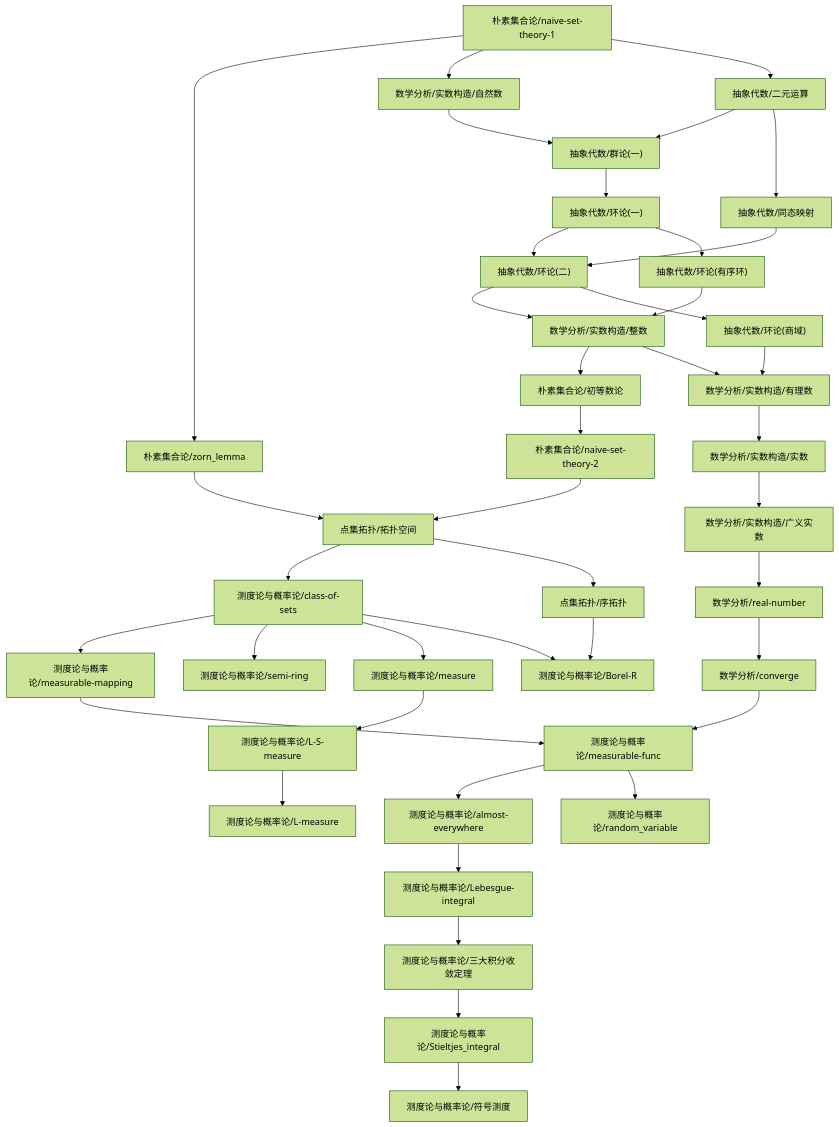
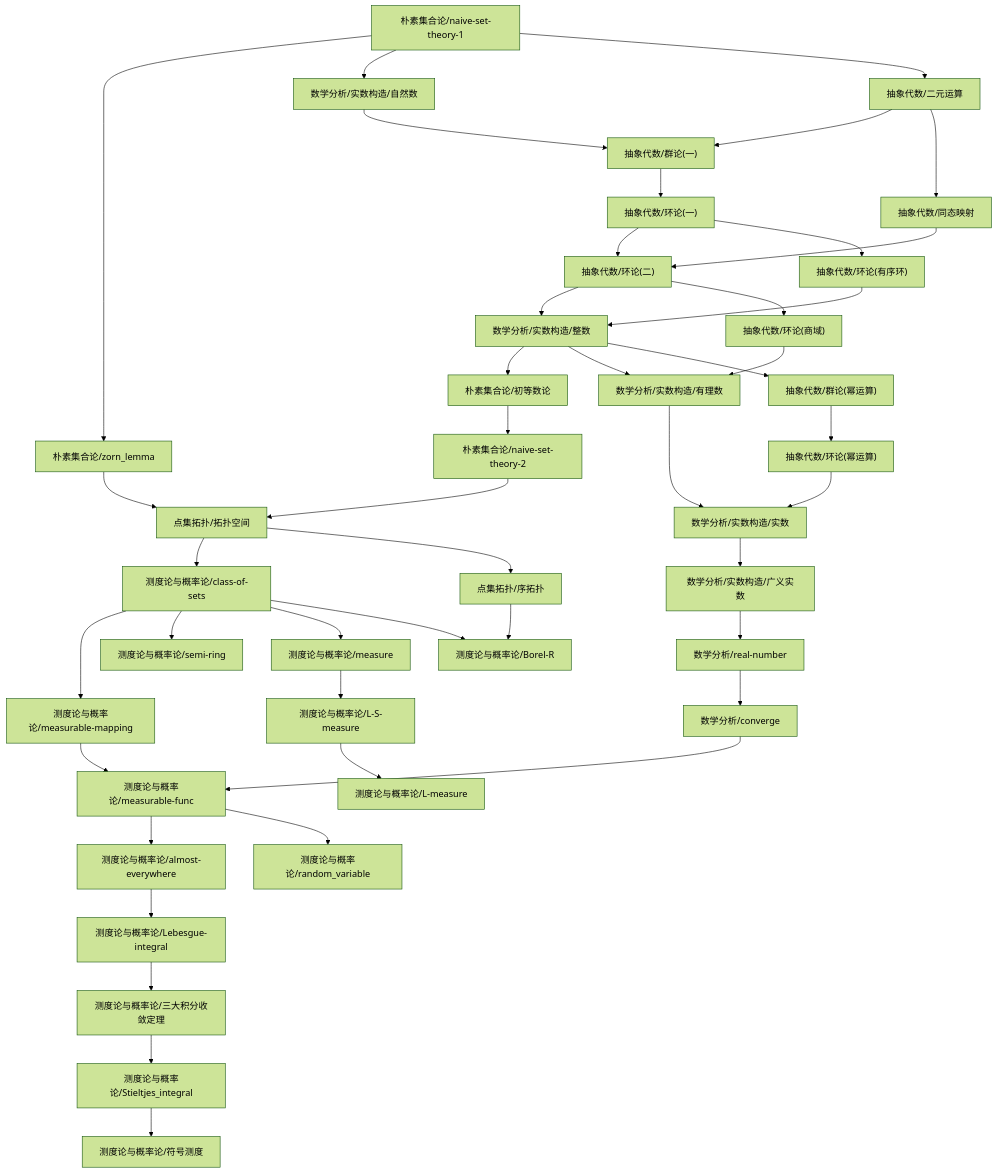
The diagram in content/测度论与概率论/dependency_graph.md (zeroDtree/zeroDtree.github.io), drawn with Mermaid (forest theme) before and after one commit. The commit also changed 7 other files, not shown here.

````diff
--- a/content/测度论与概率论/dependency_graph.md
+++ b/content/测度论与概率论/dependency_graph.md
@@ -1,43 +1,46 @@
 ```mermaid
 graph TD
 1["点集拓扑/拓扑空间"] --> 0["测度论与概率论/class-of-sets"]
 3["测度论与概率论/almost-everywhere"] --> 2["测度论与概率论/Lebesgue-integral"]
 5["测度论与概率论/Stieltjes_integral"] --> 4["测度论与概率论/符号测度"]
 6["测度论与概率论/三大积分收敛定理"] --> 5["测度论与概率论/Stieltjes_integral"]
 0["测度论与概率论/class-of-sets"] --> 7["测度论与概率论/measurable-mapping"]
 9["测度论与概率论/measure"] --> 8["测度论与概率论/L-S-measure"]
 7["测度论与概率论/measurable-mapping"] --> 10["测度论与概率论/measurable-func"]
 11["数学分析/converge"] --> 10["测度论与概率论/measurable-func"]
 0["测度论与概率论/class-of-sets"] --> 12["测度论与概率论/semi-ring"]
 2["测度论与概率论/Lebesgue-integral"] --> 6["测度论与概率论/三大积分收敛定理"]
 10["测度论与概率论/measurable-func"] --> 3["测度论与概率论/almost-everywhere"]
 10["测度论与概率论/measurable-func"] --> 13["测度论与概率论/random_variable"]
 0["测度论与概率论/class-of-sets"] --> 9["测度论与概率论/measure"]
 8["测度论与概率论/L-S-measure"] --> 15["测度论与概率论/L-measure"]
 0["测度论与概率论/class-of-sets"] --> 16["测度论与概率论/Borel-R"]
 17["点集拓扑/序拓扑"] --> 16["测度论与概率论/Borel-R"]
 1["点集拓扑/拓扑空间"] --> 17["点集拓扑/序拓扑"]
 18["朴素集合论/naive-set-theory-2"] --> 1["点集拓扑/拓扑空间"]
 19["朴素集合论/zorn_lemma"] --> 1["点集拓扑/拓扑空间"]
 20["朴素集合论/初等数论"] --> 18["朴素集合论/naive-set-theory-2"]
 21["朴素集合论/naive-set-theory-1"] --> 19["朴素集合论/zorn_lemma"]
 22["数学分析/实数构造/整数"] --> 20["朴素集合论/初等数论"]
 23["抽象代数/环论(二)"] --> 22["数学分析/实数构造/整数"]
 24["抽象代数/环论(有序环)"] --> 22["数学分析/实数构造/整数"]
 25["抽象代数/环论(一)"] --> 23["抽象代数/环论(二)"]
 26["抽象代数/同态映射"] --> 23["抽象代数/环论(二)"]
 25["抽象代数/环论(一)"] --> 24["抽象代数/环论(有序环)"]
 27["抽象代数/群论(一)"] --> 25["抽象代数/环论(一)"]
 28["数学分析/实数构造/自然数"] --> 27["抽象代数/群论(一)"]
 29["抽象代数/二元运算"] --> 27["抽象代数/群论(一)"]
 21["朴素集合论/naive-set-theory-1"] --> 28["数学分析/实数构造/自然数"]
 21["朴素集合论/naive-set-theory-1"] --> 29["抽象代数/二元运算"]
 29["抽象代数/二元运算"] --> 26["抽象代数/同态映射"]
 30["数学分析/real-number"] --> 11["数学分析/converge"]
 31["数学分析/实数构造/广义实数"] --> 30["数学分析/real-number"]
 32["数学分析/实数构造/实数"] --> 31["数学分析/实数构造/广义实数"]
 22["数学分析/实数构造/整数"] --> 33["数学分析/实数构造/有理数"]
 34["抽象代数/环论(商域)"] --> 33["数学分析/实数构造/有理数"]
 33["数学分析/实数构造/有理数"] --> 32["数学分析/实数构造/实数"]
+35["抽象代数/环论(幂运算)"] --> 32["数学分析/实数构造/实数"]
+36["抽象代数/群论(幂运算)"] --> 35["抽象代数/环论(幂运算)"]
+22["数学分析/实数构造/整数"] --> 36["抽象代数/群论(幂运算)"]
 23["抽象代数/环论(二)"] --> 34["抽象代数/环论(商域)"]
 ```
````
